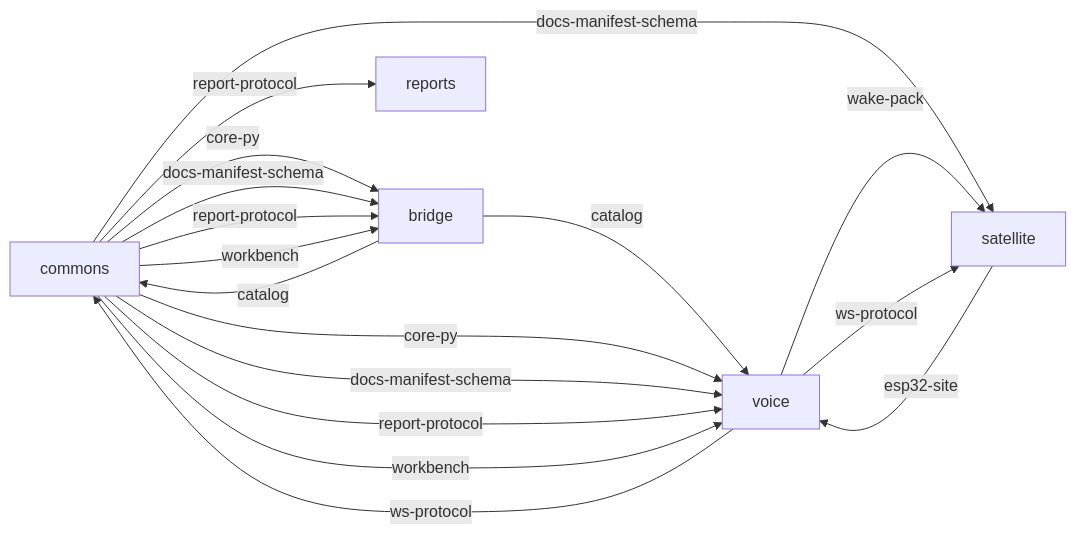
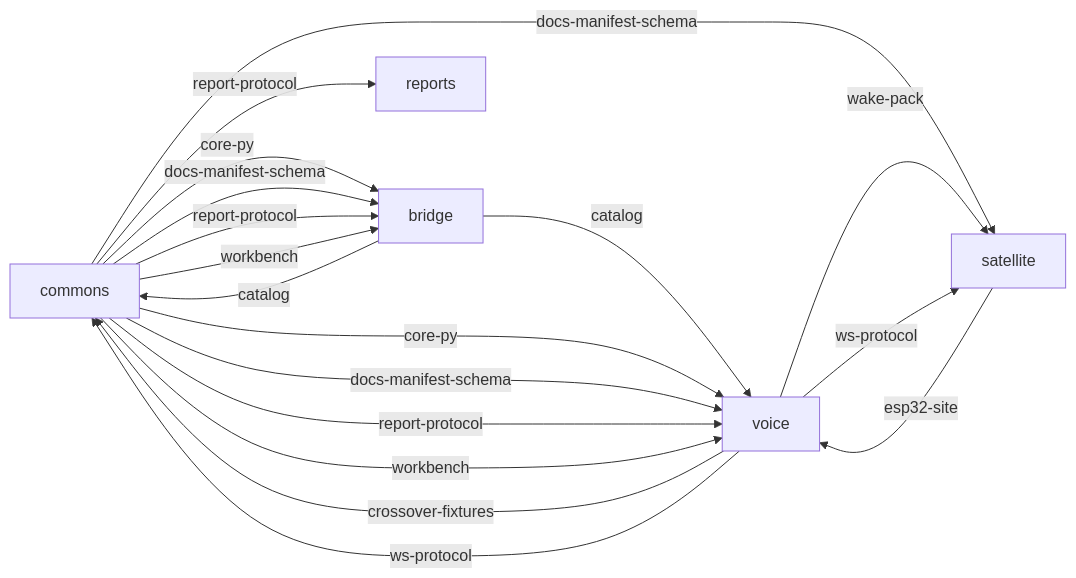
Before and after one commit to locveil/locveil-commons: the diagram in process/contract-graph.md, drawn with Mermaid. The commit also changed other lines of this file and 9 other files, not shown here.

Commit message:
PROD-29 CLOSED + IMPL-28: crossover-fixtures pinned strict from voice's crossover-fixtures-v1.0.0 — the estate's last PIN-PENDING warning ends

````diff
--- a/process/contract-graph.md
+++ b/process/contract-graph.md
@@ -11,24 +11,25 @@
 ```mermaid
 graph LR
   commons[commons]
   voice[voice]
   bridge[bridge]
   satellite[satellite]
   reports[reports]
   bridge -- catalog --> commons
   bridge -- catalog --> voice
   commons -- core-py --> bridge
   commons -- docs-manifest-schema --> bridge
   commons -- report-protocol --> bridge
   commons -- workbench --> bridge
   commons -- report-protocol --> reports
   commons -- docs-manifest-schema --> satellite
   commons -- core-py --> voice
   commons -- docs-manifest-schema --> voice
   commons -- report-protocol --> voice
   commons -- workbench --> voice
   satellite -- esp32-site --> voice
+  voice -- crossover-fixtures --> commons
   voice -- ws-protocol --> commons
   voice -- wake-pack --> satellite
   voice -- ws-protocol --> satellite
 ```
````
